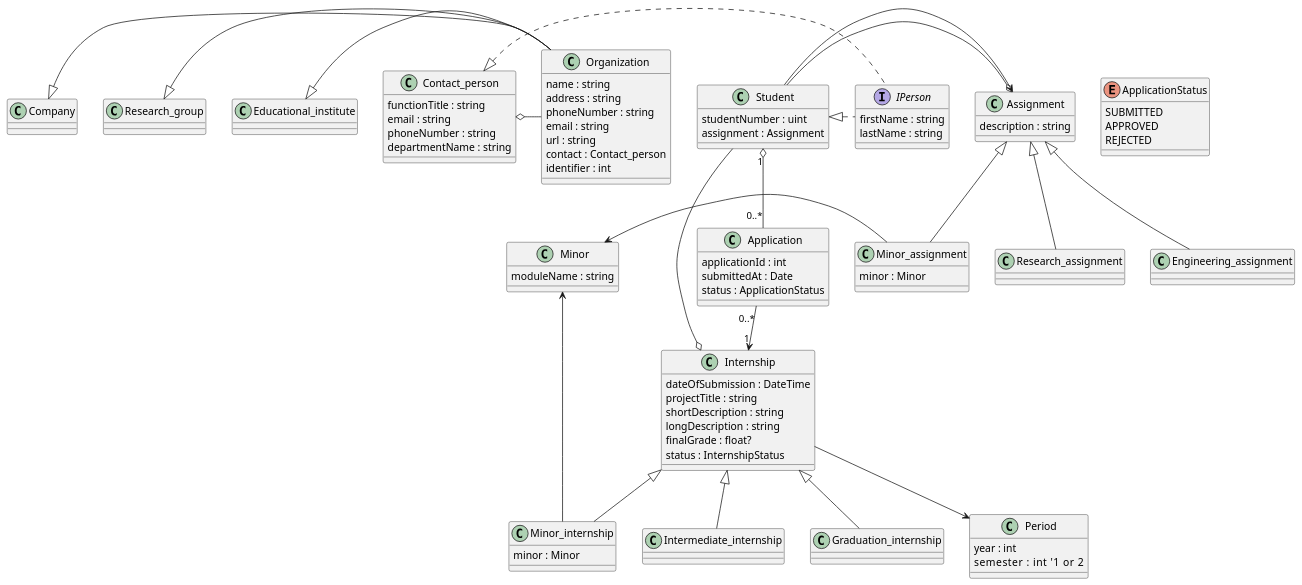
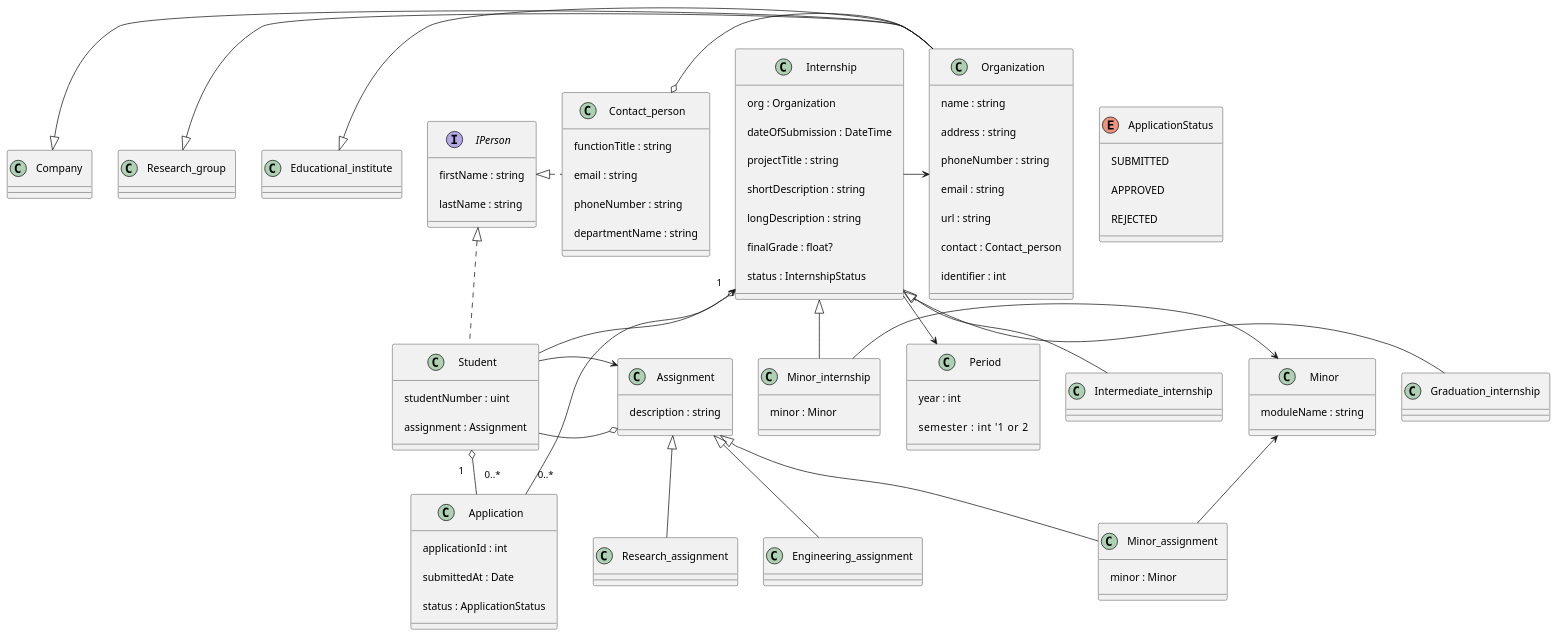
One commit to JoiningwithMattheus/Week1 changed the diagram in Week3/ClassDiagram.puml. Above: the diagram before and after it, drawn with PlantUML.

Commit message:
somewhat increased legibility

```diff
--- a/Week3/ClassDiagram.puml
+++ b/Week3/ClassDiagram.puml
@@ -1,121 +1,123 @@
 @startuml SIS
+skinparam padding 10
 
 class Organization {
     name : string
     address : string
     phoneNumber : string
     email : string
     url : string
     contact : Contact_person
     identifier : int
 
 }
 
 class Company {
 
 }
 Company <|- Organization
 
 class Research_group{
 
 }
 Research_group <|- Organization
 
 class Educational_institute{
 
 }
 Educational_institute <|- Organization
 
 class Period {
     year : int
     semester : int     '1 or 2
 }
 
 class Internship {
+    org : Organization
     dateOfSubmission : DateTime
     projectTitle : string
     shortDescription : string
     longDescription : string
     finalGrade : float?
     status : InternshipStatus
 }
-
+Internship -> Organization
 Internship --> Period
 
 class Intermediate_internship
 
 class Minor_internship {
     minor : Minor
 }
 
 class Graduation_internship 
 
 Internship <|-- Intermediate_internship
 Internship <|-- Minor_internship
 Internship <|-- Graduation_internship
 
 class Assignment {
     description : string
 }
 Assignment o- Student
 
 class Research_assignment
 class Minor_assignment {
     minor : Minor
 }
 
 class Engineering_assignment
 
 Assignment <|-- Research_assignment
 Assignment <|-- Minor_assignment
 Assignment <|-- Engineering_assignment
 
 interface IPerson{
     firstName : string
     lastName : string
 
 }
+IPerson <|. Student
+IPerson <|. Contact_person
 
 class Student {
     studentNumber : uint
     assignment : Assignment
 
 }
-Student <|. IPerson
 
 class Contact_person {
     functionTitle : string
     email : string
     phoneNumber : string
     departmentName : string
 
 }
-Contact_person <|. IPerson
 Contact_person o- Organization
 
 class Minor {
     moduleName : string
 
 }
 Minor <- Minor_internship
 Minor <- Minor_assignment
 
 class Application {
     applicationId : int
     submittedAt : Date
     status : ApplicationStatus
 }
 
 enum ApplicationStatus {
     SUBMITTED
     APPROVED
     REJECTED
 }
 
 Student "1" o-- "0..*" Application
 Application "0..*" --> "1" Internship
 
 Internship o-- Student
 Student --> Assignment
 
 @enduml
```
